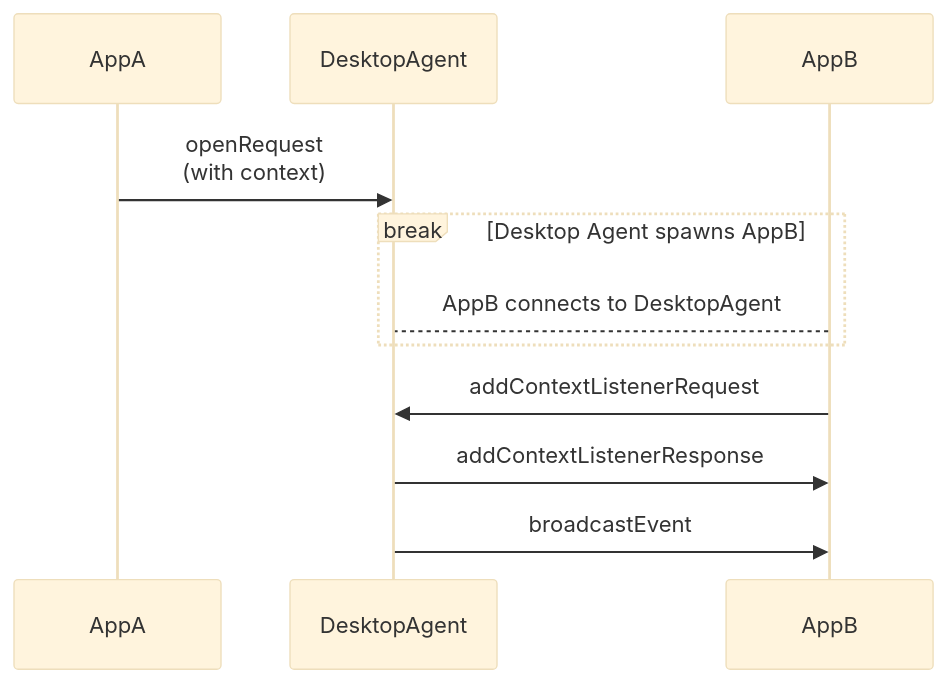
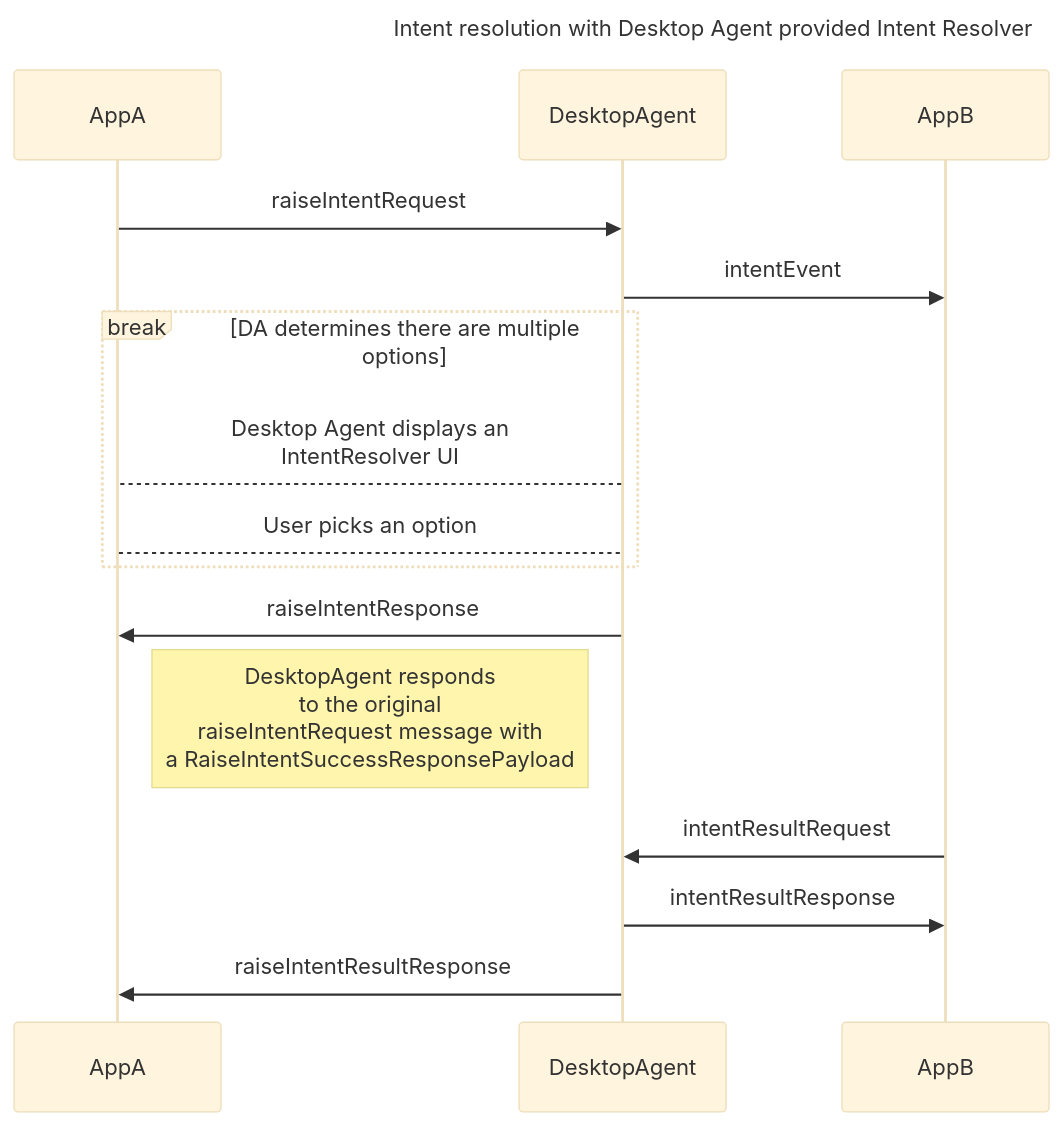
Before and after one commit to finos/FDC3: the fifth of 5 diagrams in docs/api/specs/desktopAgentCommunicationProtocol.md, drawn with Mermaid (base theme). The commit also changed other lines of this file and 5 other files, not shown here.

````diff
--- a/docs/api/specs/desktopAgentCommunicationProtocol.md
+++ b/docs/api/specs/desktopAgentCommunicationProtocol.md
@@ -276,10 +333,17 @@
 ```mermaid
+---
+title: Intent resolution with Desktop Agent provided Intent Resolver
+---
 sequenceDiagram
-    AppA ->> DesktopAgent: openRequest<br>(with context)
-    break Desktop Agent spawns AppB
-        AppB-->DesktopAgent: AppB connects to DesktopAgent
+    AppA ->> DesktopAgent: raiseIntentRequest
+    DesktopAgent ->> AppB: intentEvent
+    break DA determines there are multiple options
+        DesktopAgent-->AppA: Desktop Agent displays an<br/>IntentResolver UI
+        AppA-->DesktopAgent: User picks an option
     end
-    AppB ->> DesktopAgent: addContextListenerRequest
-    DesktopAgent ->> AppB: addContextListenerResponse
-    DesktopAgent ->> AppB: broadcastEvent
+    DesktopAgent ->> AppA: raiseIntentResponse
+    Note left of DesktopAgent: DesktopAgent responds<br/>to the original<br/>raiseIntentRequest message with<br/>a RaiseIntentSuccessResponsePayload
+    AppB ->> DesktopAgent: intentResultRequest
+    DesktopAgent ->> AppB: intentResultResponse
+    DesktopAgent ->> AppA: raiseIntentResultResponse
 ```
````
